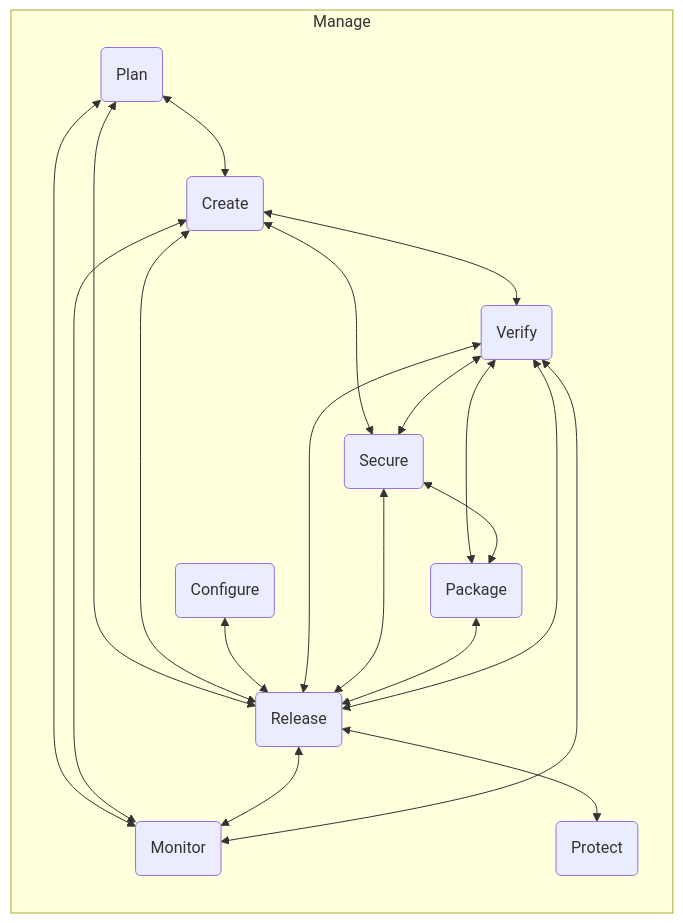
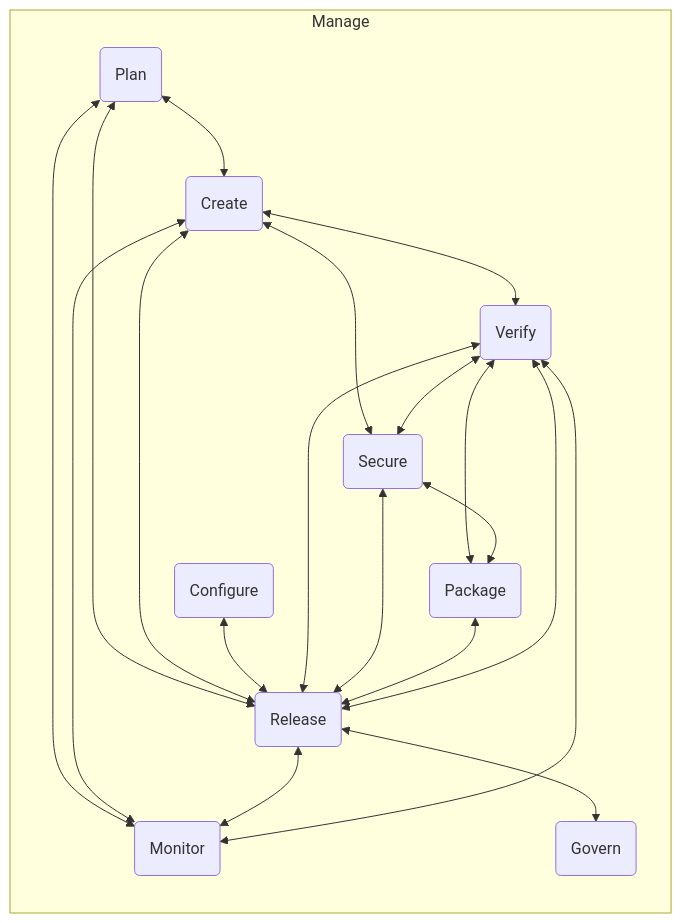
Before and after one commit to secretstartups/handbook: the diagram in product/single-application/index.html.md, drawn with Mermaid. The commit also changed 5 other files, not shown here.

````diff
--- a/product/single-application/index.html.md
+++ b/product/single-application/index.html.md
@@ -183,43 +183,43 @@
 ``` mermaid
 flowchart LR
   A(Plan)
   B(Create)
   C(Release)
-  D(Protect)
+  D(Govern)
   E(Configure)
   F(Monitor)
   G(Verify)
   H(Secure)
   I(Package)
 
   A <--> B
   A <--> C
   A <--> F
   B <--> G
   B <--> C
   B <--> H
   B <--> F
   C <--> G
   C <--> F
   C <--> D
   E <--> C
   G <--> H
   G <--> I
   G <--> C
   G <--> F
   H <--> C
   H <--> I
   I <--> C
 
   subgraph Manage
     A
     B
     C
     D
     E
     F
     G
     H
     I
   end
 ```
````
